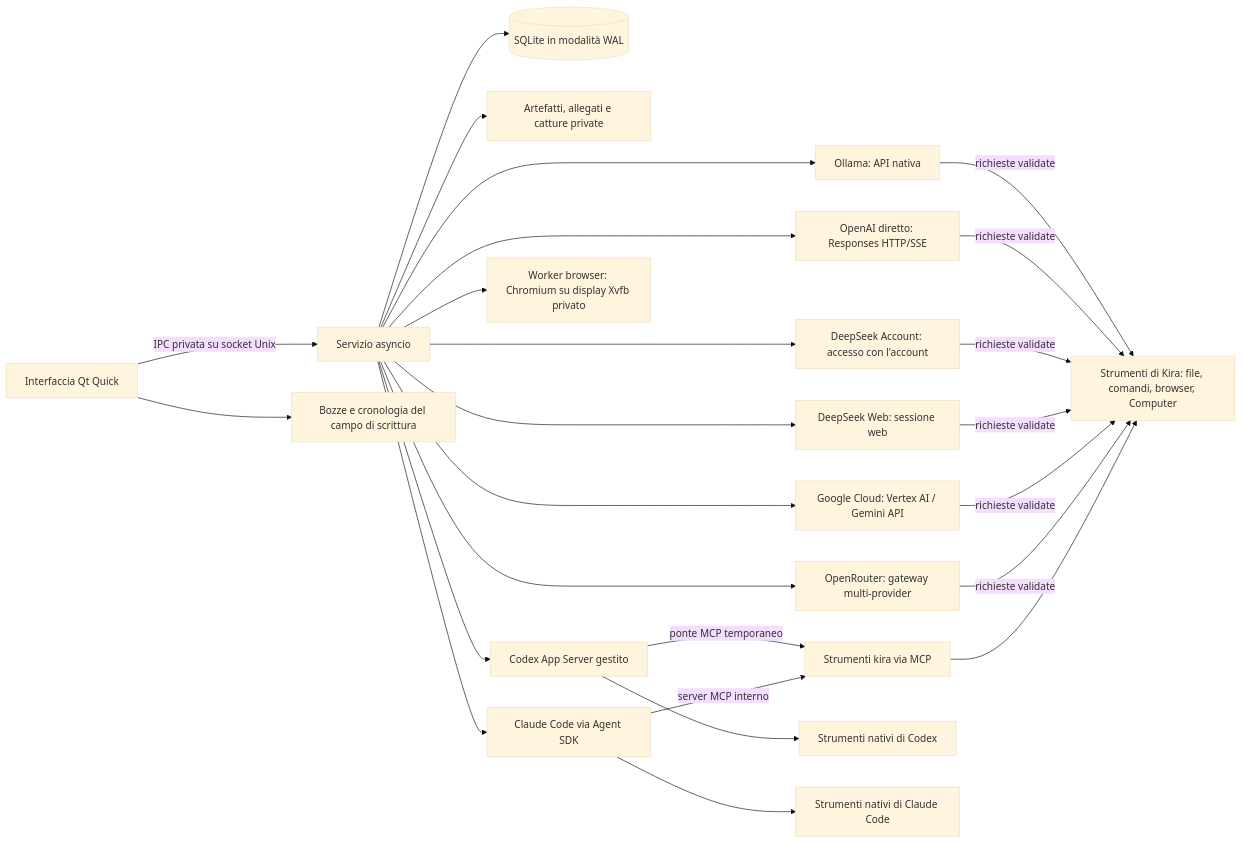
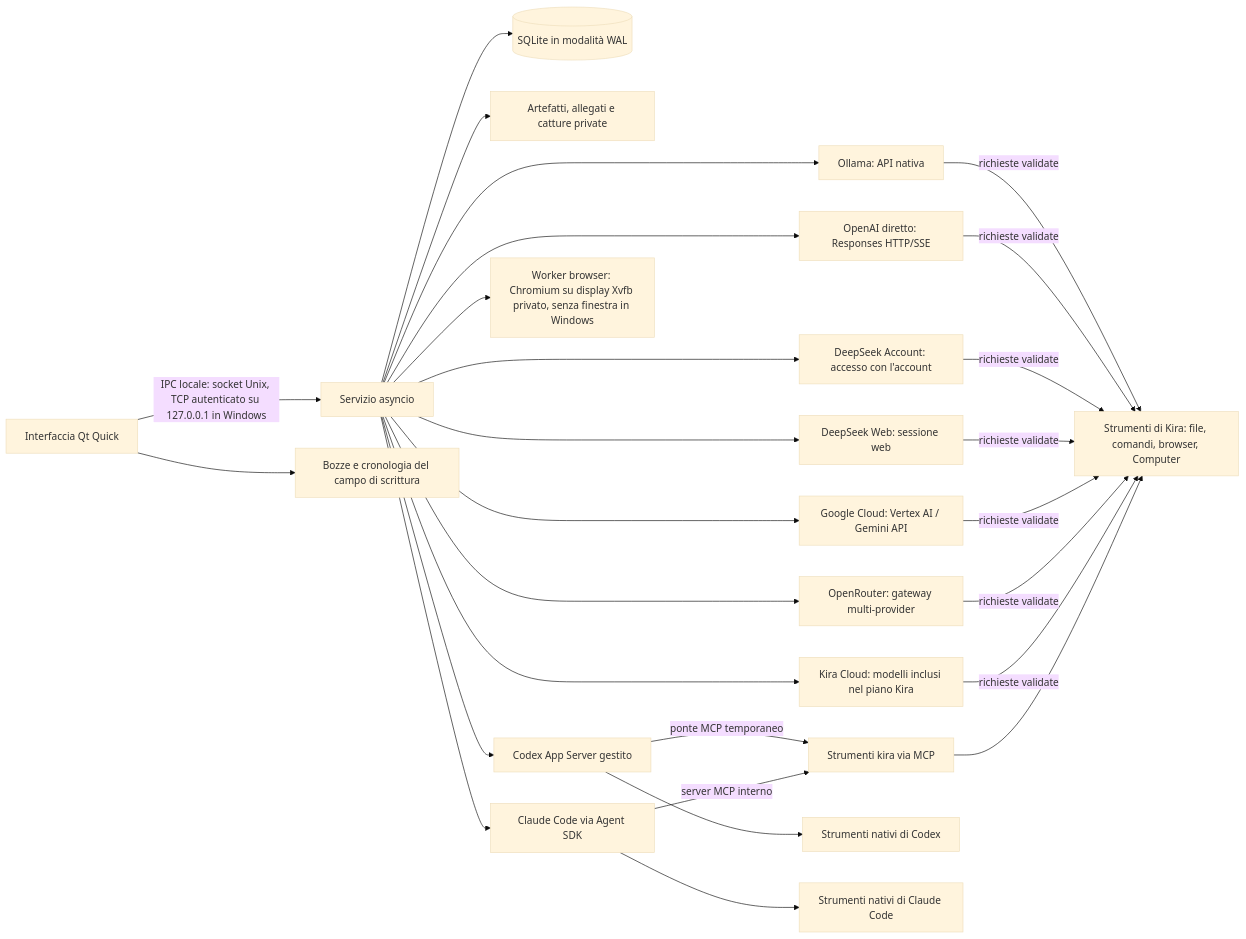
Before and after one commit to antosec00/kira-desktop: the diagram in docs/it/ARCHITETTURA.md, drawn with Mermaid (base theme). The commit also changed other lines of this file and 65 other files, not shown here.

````diff
--- a/docs/it/ARCHITETTURA.md
+++ b/docs/it/ARCHITETTURA.md
@@ -14,18 +14,19 @@
 ```mermaid
 flowchart LR
-  GUI[Interfaccia Qt Quick] -->|IPC privata su socket Unix| Service[Servizio asyncio]
+  GUI[Interfaccia Qt Quick] -->|IPC locale: socket Unix, TCP autenticato su 127.0.0.1 in Windows| Service[Servizio asyncio]
   GUI --> Composer[Bozze e cronologia del campo di scrittura]
   Service --> DB[(SQLite in modalità WAL)]
   Service --> Artifacts[Artefatti, allegati e catture private]
   Service --> Ollama[Ollama: API nativa] & OpenAI[OpenAI diretto: Responses HTTP/SSE]
   Service --> DSAccount[DeepSeek Account: accesso con l'account] & DSWeb[DeepSeek Web: sessione web]
   Service --> GCloud[Google Cloud: Vertex AI / Gemini API] & OpenRouter[OpenRouter: gateway multi-provider]
+  Service --> KiraCloud[Kira Cloud: modelli inclusi nel piano Kira]
   Service --> Codex[Codex App Server gestito] & Claude[Claude Code via Agent SDK]
-  Service --> Browser[Worker browser: Chromium su display Xvfb privato]
-  Ollama & OpenAI & DSAccount & DSWeb & GCloud & OpenRouter -->|richieste validate| Tools[Strumenti di Kira: file, comandi, browser, Computer]
+  Service --> Browser[Worker browser: Chromium su display Xvfb privato, senza finestra in Windows]
+  Ollama & OpenAI & DSAccount & DSWeb & GCloud & OpenRouter & KiraCloud -->|richieste validate| Tools[Strumenti di Kira: file, comandi, browser, Computer]
   Codex -->|ponte MCP temporaneo| KiraMcp[Strumenti kira via MCP]
   Claude -->|server MCP interno| KiraMcp
   Codex --> NativeTools[Strumenti nativi di Codex]
   Claude --> ClaudeTools[Strumenti nativi di Claude Code]
   KiraMcp --> Tools
 ```
````
